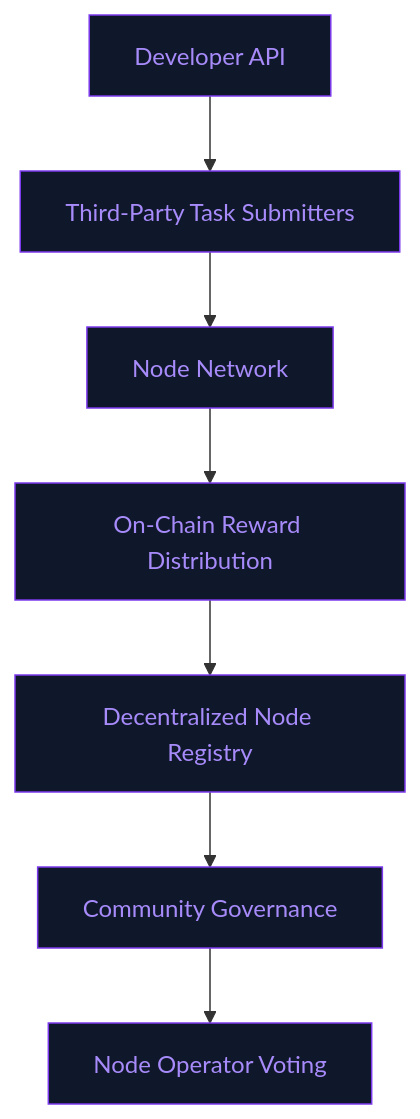
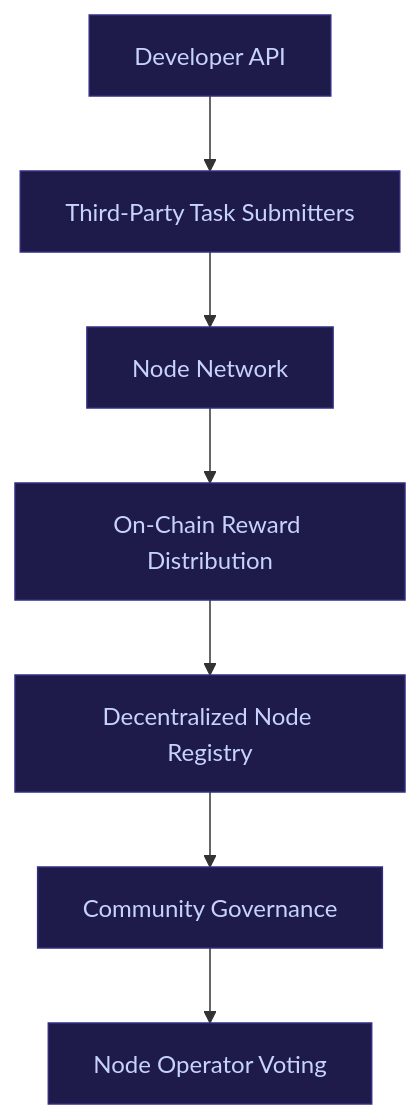
The fifth of 6 diagrams in roadmap.md (Nexora-Node/Docs), drawn with Mermaid before and after one commit. The commit also changed other lines of this file and 5 other files, not shown here.

Commit message:
docs: fix diagram bugs, unify color palette, remove bidirectional arrows

````diff
--- a/roadmap.md
+++ b/roadmap.md
@@ -152,17 +153,17 @@
 ```mermaid
 graph TD
     A[Developer API] --> B[Third-Party Task Submitters]
     B --> C[Node Network]
     C --> D[On-Chain Reward Distribution]
     D --> E[Decentralized Node Registry]
     E --> F[Community Governance]
     F --> G[Node Operator Voting]
 
-    style A fill:#0f172a,color:#a78bfa,stroke:#7c3aed
-    style B fill:#0f172a,color:#a78bfa,stroke:#7c3aed
-    style C fill:#0f172a,color:#a78bfa,stroke:#7c3aed
-    style D fill:#0f172a,color:#a78bfa,stroke:#7c3aed
-    style E fill:#0f172a,color:#a78bfa,stroke:#7c3aed
-    style F fill:#0f172a,color:#a78bfa,stroke:#7c3aed
-    style G fill:#0f172a,color:#a78bfa,stroke:#7c3aed
+    style A fill:#1e1b4b,stroke:#312e81,color:#c7d2fe
+    style B fill:#1e1b4b,stroke:#312e81,color:#c7d2fe
+    style C fill:#1e1b4b,stroke:#312e81,color:#c7d2fe
+    style D fill:#1e1b4b,stroke:#312e81,color:#c7d2fe
+    style E fill:#1e1b4b,stroke:#312e81,color:#c7d2fe
+    style F fill:#1e1b4b,stroke:#312e81,color:#c7d2fe
+    style G fill:#1e1b4b,stroke:#312e81,color:#c7d2fe
 ```
````
